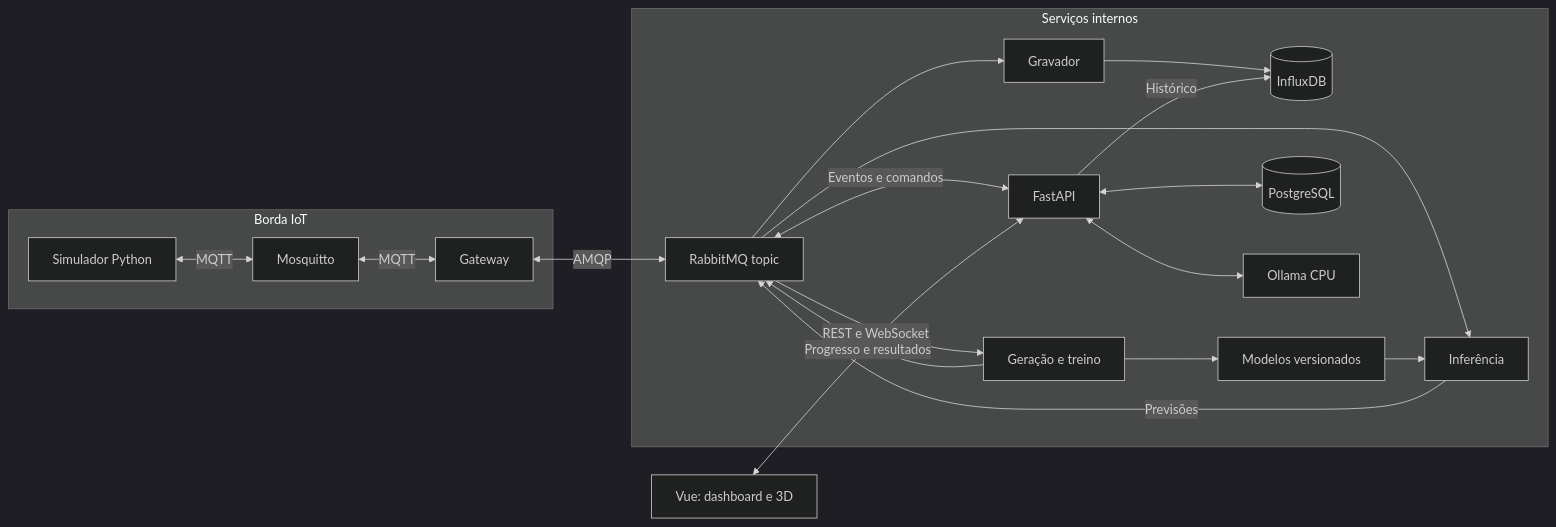
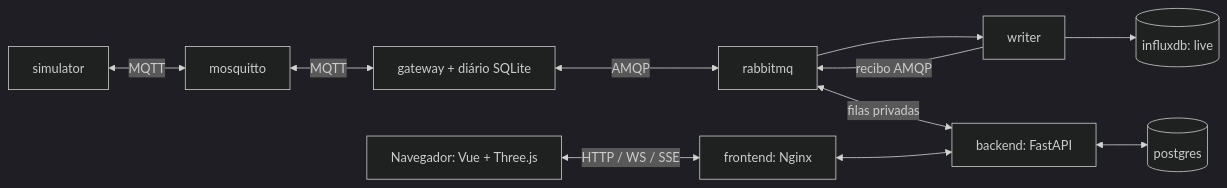
The first of 6 diagrams in docs/aiot/architecture.md (VitorFcosta/ColdSafe), drawn with Mermaid (dark theme) before and after one commit. The commit also changed other lines of this file and 10 other files, not shown here.

First line of the commit message:
docs(aiot): conclui README, diagramas e roteiro final

````diff
--- a/docs/aiot/architecture.md
+++ b/docs/aiot/architecture.md
@@ -12,23 +23,13 @@
 ```mermaid
 flowchart LR
-subgraph BORDA["Borda IoT"]
-SIM["Simulador Python"] <-->|MQTT| MOS["Mosquitto"]
-MOS <-->|MQTT| GW["Gateway"]
-end
-subgraph INTERNO["Serviços internos"]
-GW <-->|AMQP| RAB["RabbitMQ topic"]
-RAB --> GR["Gravador"]
-GR --> INF[("InfluxDB")]
-RAB --> IA["Inferência"]
-IA -->|Previsões| RAB
-RAB --> LAB["Geração e treino"]
-LAB -->|Progresso e resultados| RAB
-LAB --> MOD["Modelos versionados"]
-MOD --> IA
-RAB <-->|Eventos e comandos| API["FastAPI"]
-API <--> PG[("PostgreSQL")]
-API -->|Histórico| INF
-API <--> LLM["Ollama CPU"]
-end
-WEB["Vue: dashboard e 3D"] <-->|REST e WebSocket| API
+  S["simulator"] <-->|MQTT| M["mosquitto"]
+  M <-->|MQTT| G["gateway + diário SQLite"]
+  G <-->|AMQP| R["rabbitmq"]
+  R --> W["writer"]
+  W --> I[("influxdb: live")]
+  W -->|recibo AMQP| R
+  R <-->|filas privadas| A["backend: FastAPI"]
+  A <--> P[("postgres")]
+  B["Navegador: Vue + Three.js"] <-->|HTTP / WS / SSE| F["frontend: Nginx"]
+  F <--> A
 ```
````
